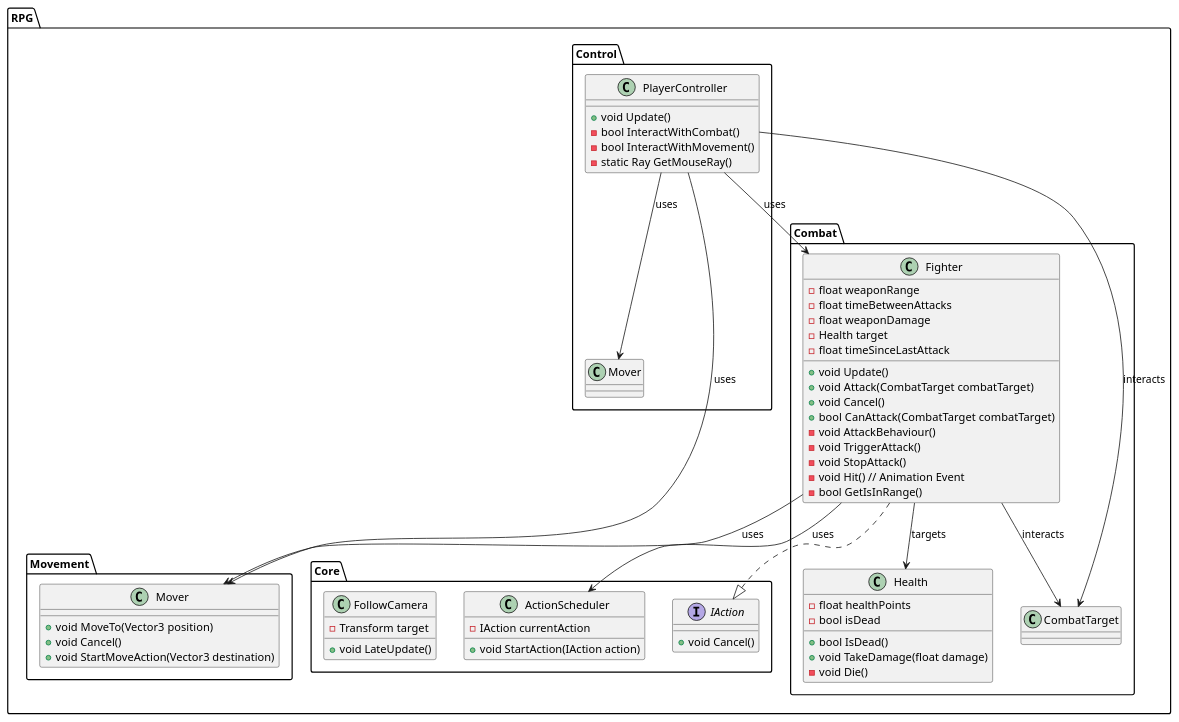
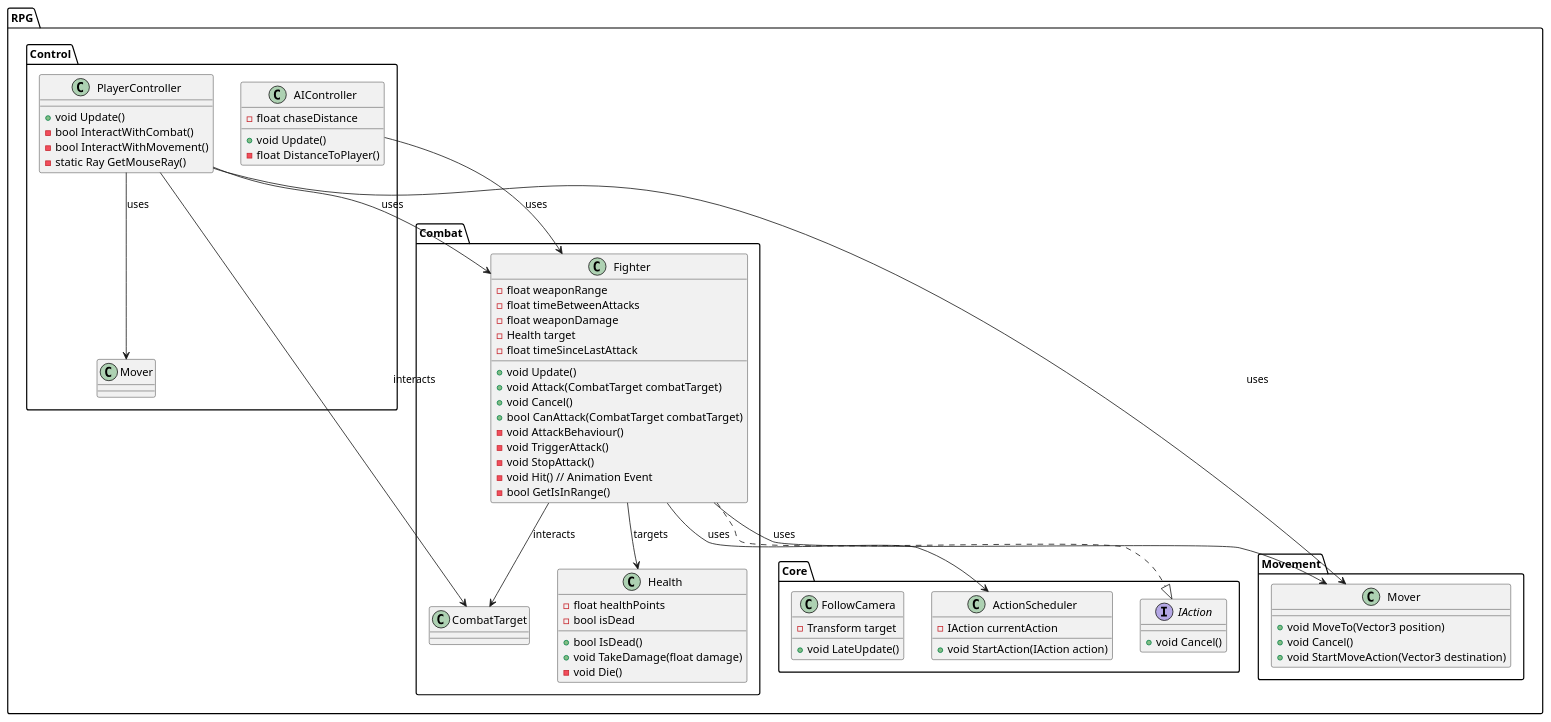
One commit to Velcronator/RPG25 changed the diagram in Assets/Scripts/rpg.puml. Above: the diagram before and after it, drawn with PlantUML. The commit also changed 6 other files, not shown here.

```diff
--- a/Assets/Scripts/rpg.puml
+++ b/Assets/Scripts/rpg.puml
@@ -1,72 +1,80 @@
 @startuml RPG
 namespace RPG.Combat {
     class Fighter {
         -float weaponRange
         -float timeBetweenAttacks
         -float weaponDamage
         -Health target
         -float timeSinceLastAttack
         +void Update()
         +void Attack(CombatTarget combatTarget)
         +void Cancel()
         +bool CanAttack(CombatTarget combatTarget)
         -void AttackBehaviour()
         -void TriggerAttack()
         -void StopAttack()
         -void Hit() // Animation Event
         -bool GetIsInRange()
     }
 
     class Health {
         -float healthPoints
         -bool isDead
         +bool IsDead()
         +void TakeDamage(float damage)
         -void Die()
     }
 
     class CombatTarget {
     }
 
     Fighter --> Health : targets
     Fighter --> CombatTarget : interacts
 }
 
 namespace RPG.Control {
     class PlayerController {
         +void Update()
         -bool InteractWithCombat()
         -bool InteractWithMovement()
         -static Ray GetMouseRay()
     }
+
+    class AIController {
+        -float chaseDistance
+        +void Update()
+        -float DistanceToPlayer()
+    }
+
     PlayerController --> Fighter : uses
     PlayerController --> Mover : uses
     PlayerController --> CombatTarget : interacts
+    AIController --> Fighter : uses
 }
 
 namespace RPG.Core {
     interface IAction {
         +void Cancel()
     }
     class ActionScheduler {
         -IAction currentAction
         +void StartAction(IAction action)
     }
     class FollowCamera {
         -Transform target
         +void LateUpdate()
     }
     Fighter ..|> IAction
     Fighter --> ActionScheduler : uses
 }
 
 namespace RPG.Movement {
     class Mover {
         +void MoveTo(Vector3 position)
         +void Cancel()
         +void StartMoveAction(Vector3 destination)
     }
     Fighter --> Mover : uses
     PlayerController --> Mover : uses
 }
 @enduml
```
